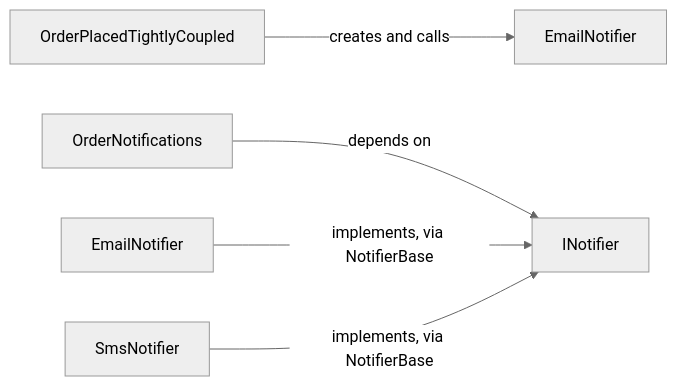
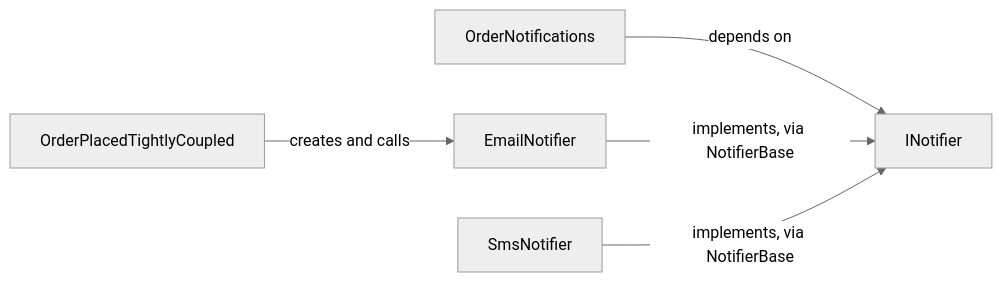
The diagram in content/tracks/design/solid/design.l1.solid-dip.en.md (duyan11110/lo-trinh-architect), drawn with Mermaid (neutral theme) before and after one commit. The commit also changed other lines of this file and 3 other files, not shown here.

````diff
--- a/content/tracks/design/solid/design.l1.solid-dip.en.md
+++ b/content/tracks/design/solid/design.l1.solid-dip.en.md
@@ -40,7 +40,7 @@
 ```mermaid
 flowchart LR
   T[OrderPlacedTightlyCoupled] -->|creates and calls| E[EmailNotifier]
   N[OrderNotifications] -->|depends on| I[INotifier]
-  E2[EmailNotifier] -->|implements, via NotifierBase| I
+  E -->|implements, via NotifierBase| I
   S[SmsNotifier] -->|implements, via NotifierBase| I
 ```
````
